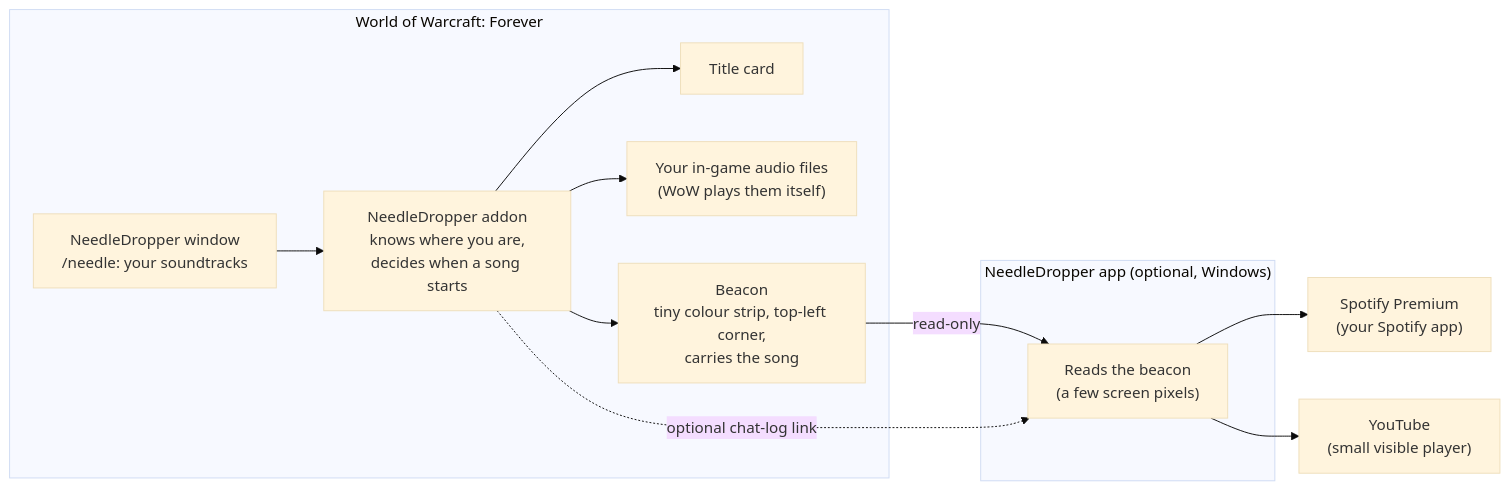
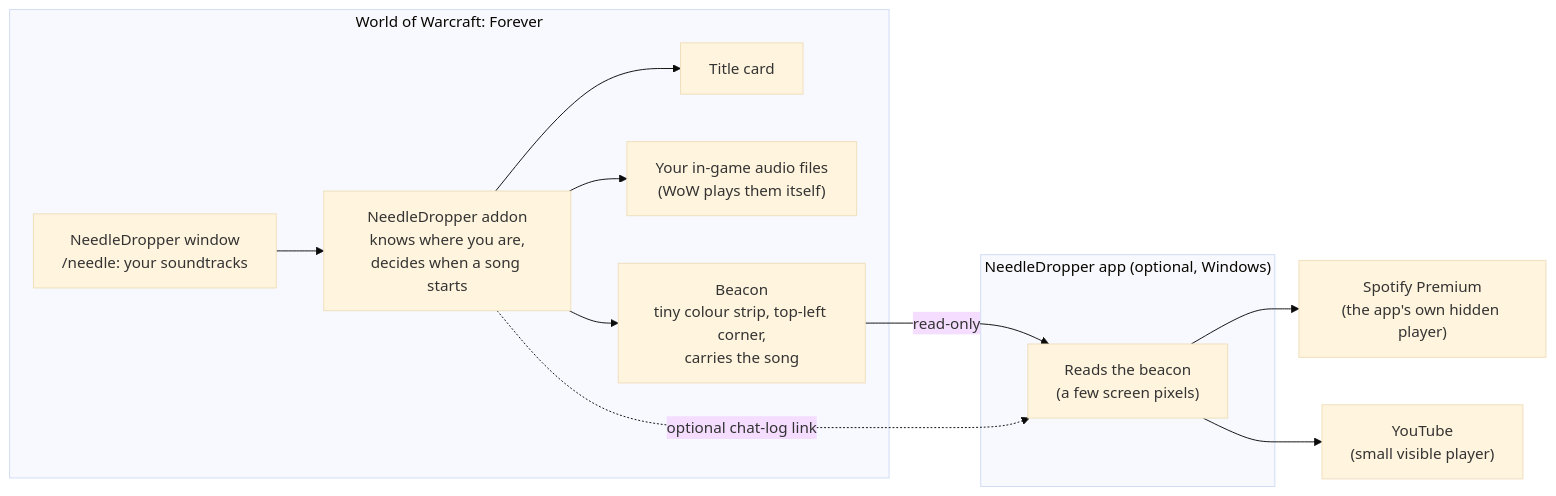
Before and after one commit to Soupoleon/NeedleDropper: the diagram in README.md, drawn with Mermaid (base theme). The commit also changed other lines of this file and 105 other files, not shown here.

````diff
--- a/README.md
+++ b/README.md
@@ -44,21 +44,21 @@
 ```mermaid
 flowchart LR
     subgraph GAME["World of Warcraft: Forever"]
         WINDOW["NeedleDropper window<br/>/needle: your soundtracks"]
         ADDON["NeedleDropper addon<br/>knows where you are,<br/>decides when a song starts"]
         CARD["Title card"]
         FILES["Your in-game audio files<br/>(WoW plays them itself)"]
         BEACON["Beacon<br/>tiny colour strip, top-left corner,<br/>carries the song"]
         WINDOW --> ADDON
         ADDON --> CARD
         ADDON --> FILES
         ADDON --> BEACON
     end
     subgraph APP["NeedleDropper app (optional, Windows)"]
         READ["Reads the beacon<br/>(a few screen pixels)"]
     end
     BEACON -- "read-only" --> READ
     ADDON -. "optional chat-log link" .-> READ
-    READ --> SPOTIFY["Spotify Premium<br/>(your Spotify app)"]
+    READ --> SPOTIFY["Spotify Premium<br/>(the app's own hidden player)"]
     READ --> YOUTUBE["YouTube<br/>(small visible player)"]
 ```
````
